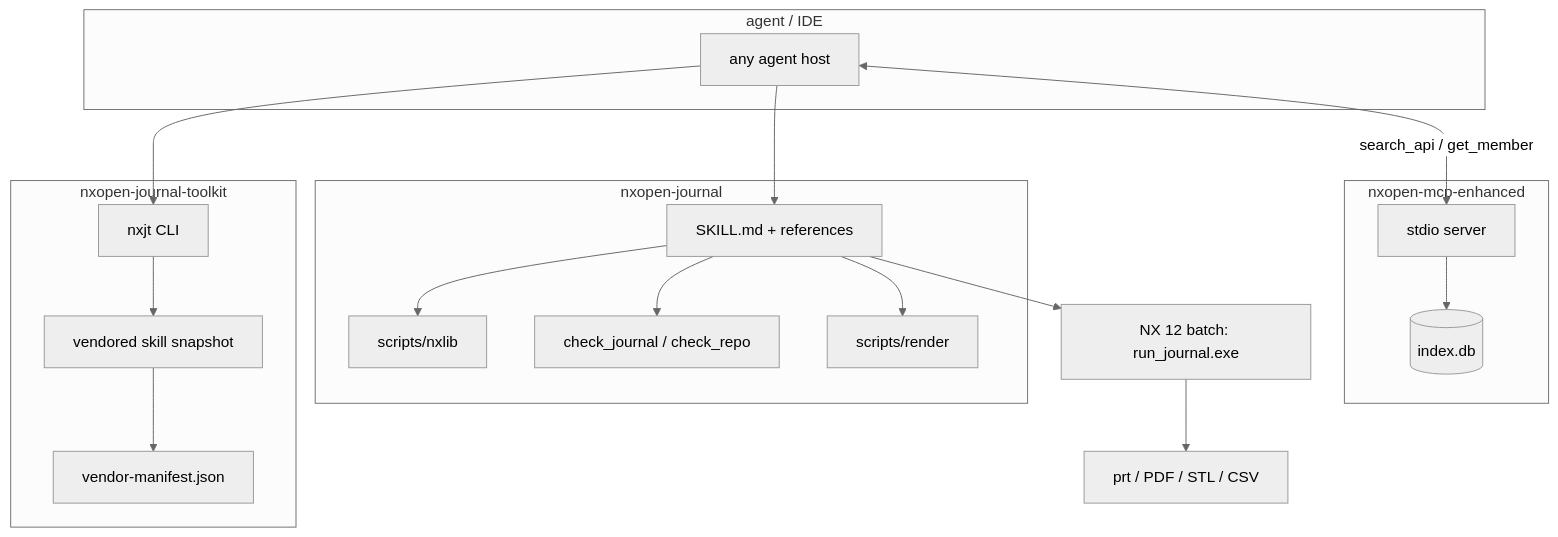
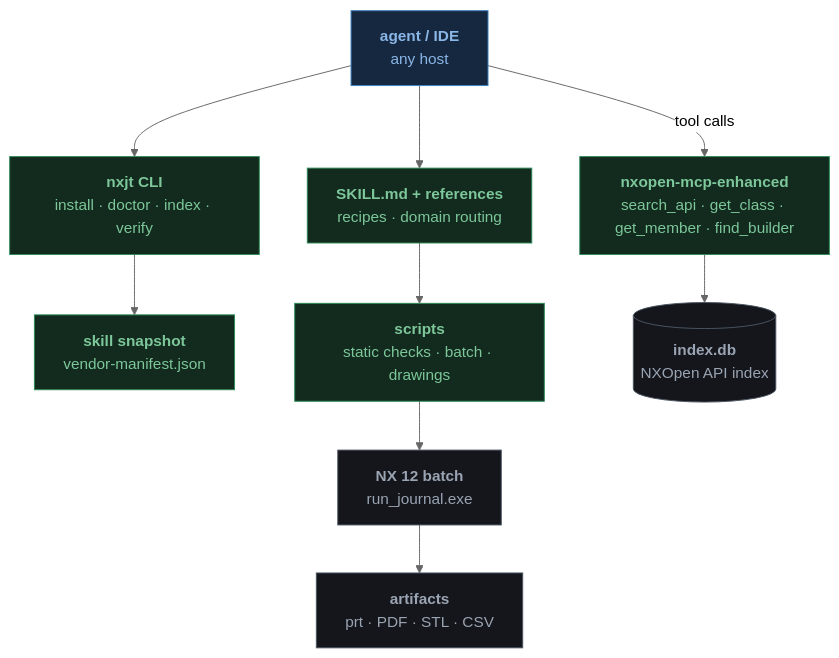
One commit to EVOL233awa/nxopen-journal-toolkit changed the diagram in README.en.md. Above: the diagram before and after it, drawn with Mermaid (neutral theme). The commit also changed other lines of this file and 2 other files, not shown here.

````diff
--- a/README.en.md
+++ b/README.en.md
@@ -395,34 +95,25 @@
 ```mermaid
 flowchart TB
-    subgraph Client["agent / IDE"]
-        AG[any agent host]
-    end
-    subgraph Toolkit["nxopen-journal-toolkit"]
-        CLI[nxjt CLI]
-        SNAP[vendored skill snapshot]
-        MAN[vendor-manifest.json]
-    end
-    subgraph Skill["nxopen-journal"]
-        SK[SKILL.md + references]
-        NXlib[scripts/nxlib]
-        CHK[check_journal / check_repo]
-        REN[scripts/render]
-    end
-    subgraph MCP["nxopen-mcp-enhanced"]
-        SRV[stdio server]
-        IDX[(index.db)]
-    end
-    NX[NX 12 batch: run_journal.exe]
+    AG["<b>agent / IDE</b><br/>any host"]:::client
+    CLI["<b>nxjt CLI</b><br/>install · doctor · index · verify"]:::service
+    SNAP["<b>skill snapshot</b><br/>vendor-manifest.json"]:::service
+    DOC["<b>SKILL.md + references</b><br/>recipes · domain routing"]:::service
+    SCR["<b>scripts</b><br/>static checks · batch · drawings"]:::service
+    MCP["<b>nxopen-mcp-enhanced</b><br/>search_api · get_class · get_member · find_builder"]:::service
+    DB[("<b>index.db</b><br/>NXOpen API index")]:::external
+    NX["<b>NX 12 batch</b><br/>run_journal.exe"]:::external
+    OUT["<b>artifacts</b><br/>prt · PDF · STL · CSV"]:::external
 
     AG --> CLI
     CLI --> SNAP
-    SNAP --> MAN
-    AG --> SK
-    SK --> NXlib
-    SK --> CHK
-    SK --> REN
-    AG <-->|search_api / get_member| SRV
-    SRV --> IDX
-    SK --> NX
-    NX --> OUT[prt / PDF / STL / CSV]
+    AG --> DOC
+    DOC --> SCR
+    SCR --> NX
+    AG -->|tool calls| MCP
+    MCP --> DB
+    NX --> OUT
+
+    classDef client fill:#16283f,stroke:#3b82c4,color:#8ab6e8
+    classDef service fill:#122b1e,stroke:#2e8b57,color:#7dc79a
+    classDef external fill:#14161c,stroke:#4b5563,color:#9aa4b2
 ```
````
